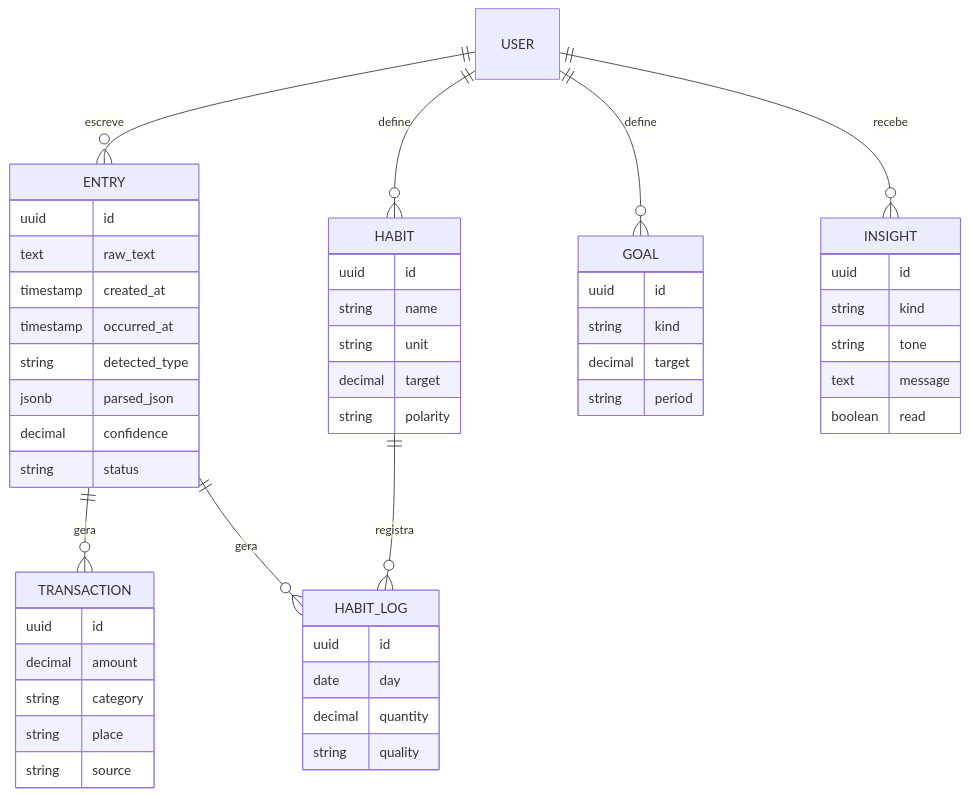
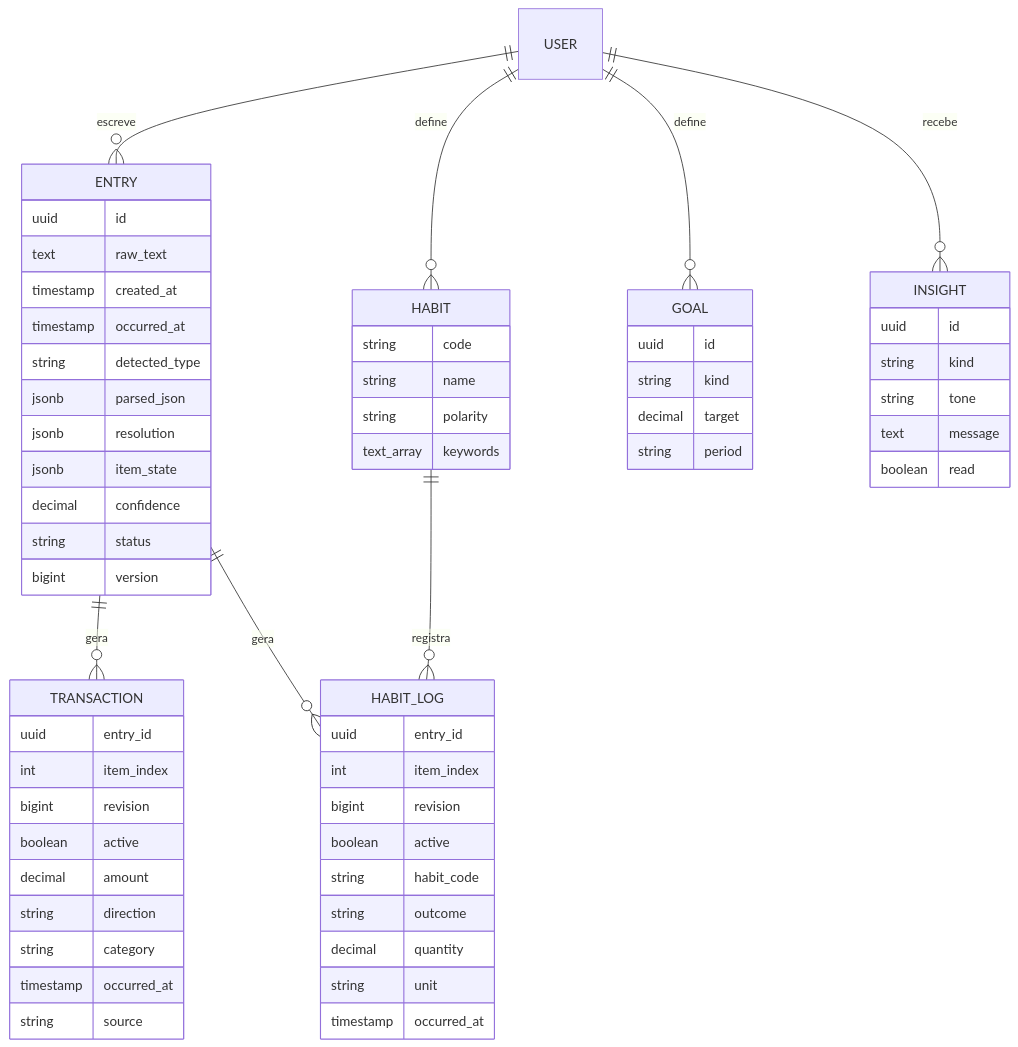
Before and after one commit to GabrieliModollo/mydly: the fourth of 5 diagrams in docs/arquitetura.md, drawn with Mermaid. The commit also changed other lines of this file and 6 other files, not shown here.

````diff
--- a/docs/arquitetura.md
+++ b/docs/arquitetura.md
@@ -59,54 +107,65 @@
 ```mermaid
 erDiagram
     USER ||--o{ ENTRY : escreve
     ENTRY ||--o{ TRANSACTION : gera
     ENTRY ||--o{ HABIT_LOG : gera
     USER ||--o{ HABIT : define
     HABIT ||--o{ HABIT_LOG : registra
     USER ||--o{ GOAL : define
     USER ||--o{ INSIGHT : recebe
 
     ENTRY {
         uuid id
         text raw_text
         timestamp created_at
         timestamp occurred_at
         string detected_type
         jsonb parsed_json
+        jsonb resolution
+        jsonb item_state
         decimal confidence
         string status
+        bigint version
     }
     TRANSACTION {
-        uuid id
+        uuid entry_id
+        int item_index
+        bigint revision
+        boolean active
         decimal amount
+        string direction
         string category
-        string place
+        timestamp occurred_at
         string source
     }
     HABIT {
-        uuid id
+        string code
         string name
-        string unit
-        decimal target
         string polarity
+        text_array keywords
     }
     HABIT_LOG {
-        uuid id
-        date day
+        uuid entry_id
+        int item_index
+        bigint revision
+        boolean active
+        string habit_code
+        string outcome
         decimal quantity
-        string quality
+        string unit
+        timestamp occurred_at
     }
     GOAL {
         uuid id
         string kind
         decimal target
         string period
     }
     INSIGHT {
         uuid id
         string kind
         string tone
         text message
         boolean read
     }
 ```
````
